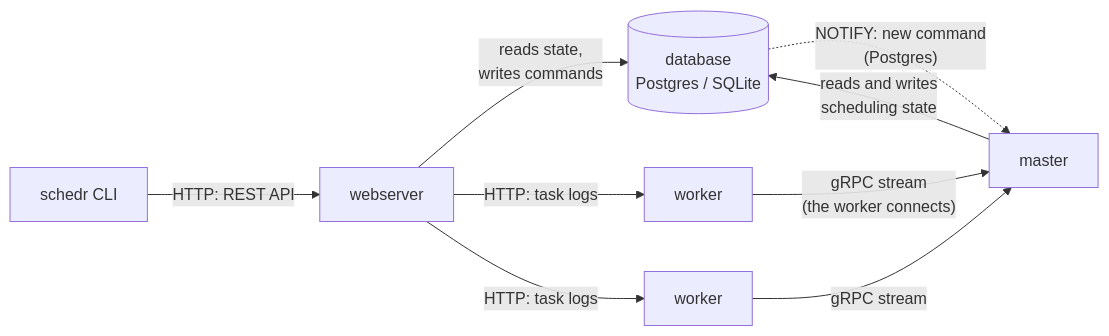
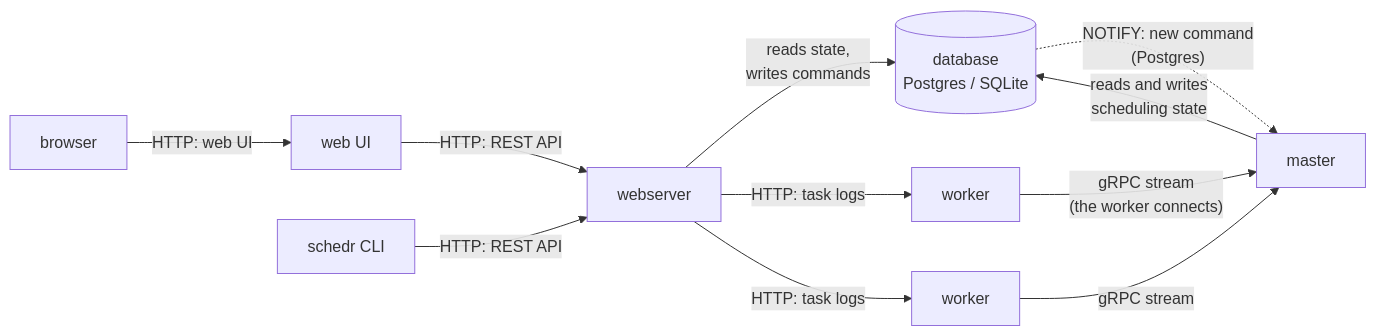
The diagram in docs/03-guide/01-overview.md (ptutak/schedr), drawn with Mermaid before and after one commit. The commit also changed other lines of this file and 50 other files, not shown here.

````diff
--- a/docs/03-guide/01-overview.md
+++ b/docs/03-guide/01-overview.md
@@ -15,11 +19,13 @@
 ```mermaid
 flowchart LR
+    browser["browser"] -- "HTTP: web UI" --> ui["web UI"]
     cli["schedr CLI"] -- "HTTP: REST API" --> web["webserver"]
+    ui -- "HTTP: REST API" --> web
     web -- "reads state,<br/>writes commands" --> db[("database<br/>Postgres / SQLite")]
     master["master"] -- "reads and writes<br/>scheduling state" --> db
     db -. "NOTIFY: new command<br/>(Postgres)" .-> master
     worker1["worker"] -- "gRPC stream<br/>(the worker connects)" --> master
     worker2["worker"] -- "gRPC stream" --> master
     web -- "HTTP: task logs" --> worker1
     web -- "HTTP: task logs" --> worker2
 ```
````
